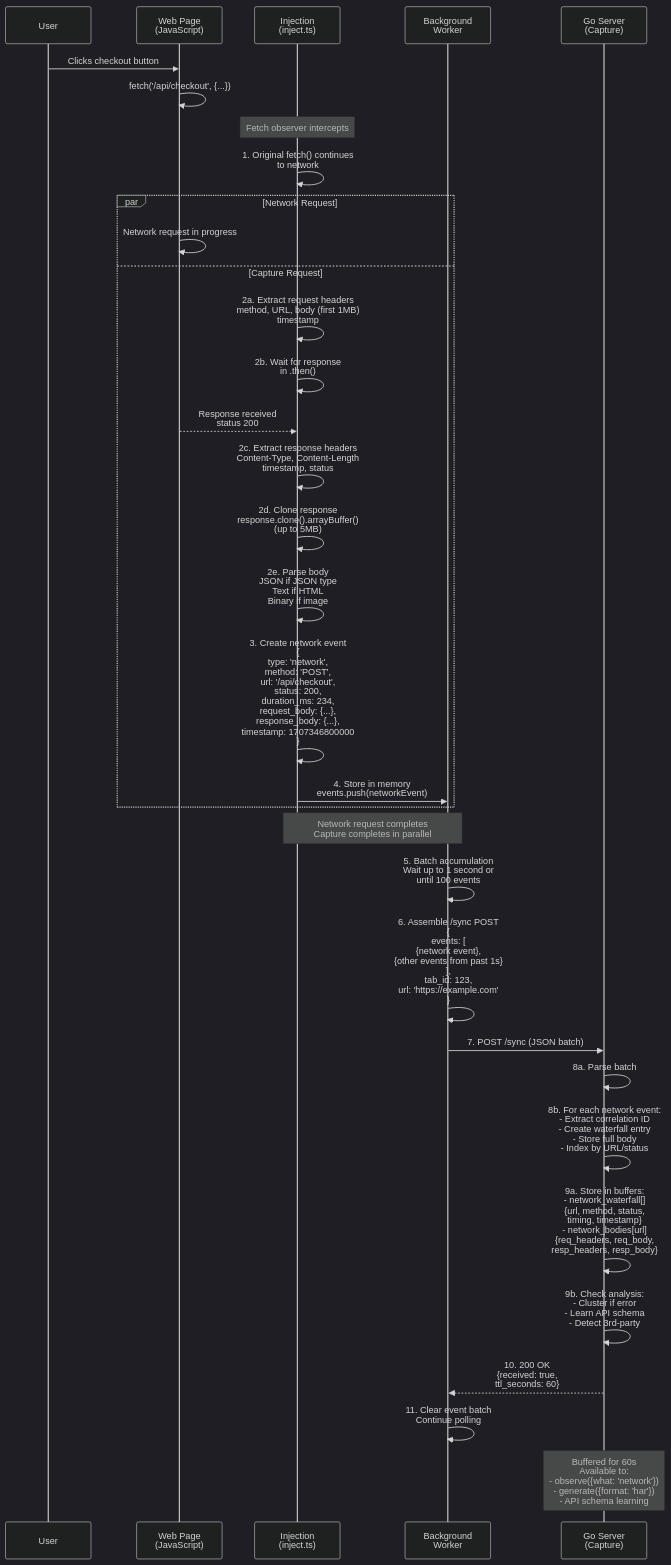
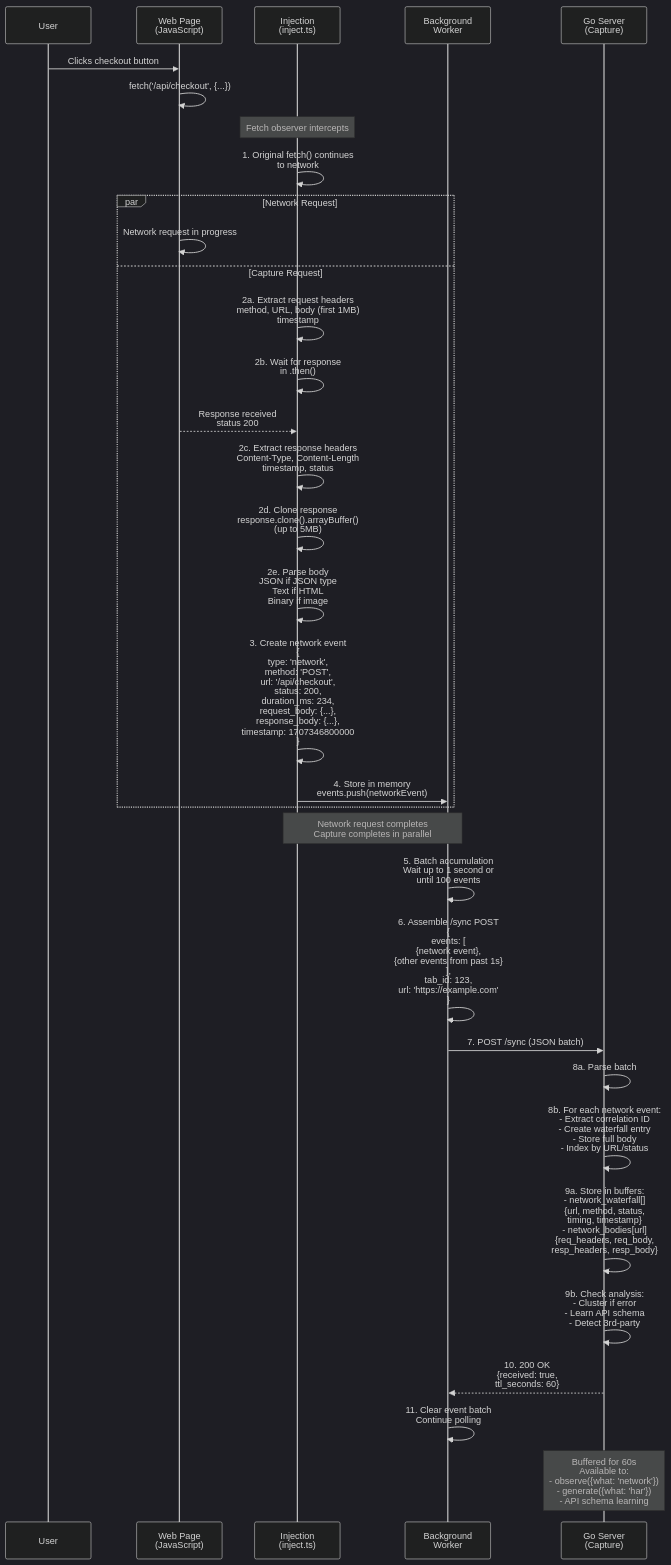
Before and after one commit to brennhill/Kaboom-Browser-AI-Devtools-MCP: the second of 3 diagrams in docs/architecture/diagrams/data-capture-pipeline.md, drawn with Mermaid (dark theme). The commit also changed 243 other files, not shown here.

````diff
--- a/docs/architecture/diagrams/data-capture-pipeline.md
+++ b/docs/architecture/diagrams/data-capture-pipeline.md
@@ -153,57 +153,57 @@
 ```mermaid
 sequenceDiagram
     participant User as User
     participant Page as Web Page<br/>(JavaScript)
     participant Inject as Injection<br/>(inject.ts)
     participant BG as Background<br/>Worker
     participant Server as Go Server<br/>(Capture)
 
     User->>Page: Clicks checkout button
     Page->>Page: fetch('/api/checkout', {...})
 
     Note over Inject: Fetch observer intercepts
 
     Inject->>Inject: 1. Original fetch() continues<br/>to network
 
     par Network Request
         Page->>Page: Network request in progress
     and Capture Request
         Inject->>Inject: 2a. Extract request headers<br/>method, URL, body (first 1MB)<br/>timestamp
 
         Inject->>Inject: 2b. Wait for response<br/>in .then()
 
         Page-->>Inject: Response received<br/>status 200
 
         Inject->>Inject: 2c. Extract response headers<br/>Content-Type, Content-Length<br/>timestamp, status
 
         Inject->>Inject: 2d. Clone response<br/>response.clone().arrayBuffer()<br/>(up to 5MB)
 
         Inject->>Inject: 2e. Parse body<br/>JSON if JSON type<br/>Text if HTML<br/>Binary if image
 
         Inject->>Inject: 3. Create network event<br/>{<br/>type: 'network',<br/>method: 'POST',<br/>url: '/api/checkout',<br/>status: 200,<br/>duration_ms: 234,<br/>request_body: {...},<br/>response_body: {...},<br/>timestamp: 1707346800000<br/>}
 
         Inject->>BG: 4. Store in memory<br/>events.push(networkEvent)
     end
 
     Note over Inject,BG: Network request completes<br/>Capture completes in parallel
 
     BG->>BG: 5. Batch accumulation<br/>Wait up to 1 second or<br/>until 100 events
 
     BG->>BG: 6. Assemble /sync POST<br/>{<br/>events: [<br/>  {network event},<br/>  {other events from past 1s}<br/>],<br/>tab_id: 123,<br/>url: 'https://example.com'<br/>}
 
     BG->>Server: 7. POST /sync (JSON batch)
 
     Server->>Server: 8a. Parse batch
 
     Server->>Server: 8b. For each network event:<br/>- Extract correlation ID<br/>- Create waterfall entry<br/>- Store full body<br/>- Index by URL/status
 
     Server->>Server: 9a. Store in buffers:<br/>- network_waterfall[]<br/>  {url, method, status,<br/>   timing, timestamp}<br/>- network_bodies[url]<br/>  {req_headers, req_body,<br/>   resp_headers, resp_body}
 
     Server->>Server: 9b. Check analysis:<br/>- Cluster if error<br/>- Learn API schema<br/>- Detect 3rd-party
 
     Server-->>BG: 10. 200 OK<br/>{received: true,<br/>ttl_seconds: 60}
 
     BG->>BG: 11. Clear event batch<br/>Continue polling
 
-    Note over Server: Buffered for 60s<br/>Available to:<br/>- observe({what: 'network'})<br/>- generate({format: 'har'})<br/>- API schema learning
+    Note over Server: Buffered for 60s<br/>Available to:<br/>- observe({what: 'network'})<br/>- generate({what: 'har'})<br/>- API schema learning
 ```
````
